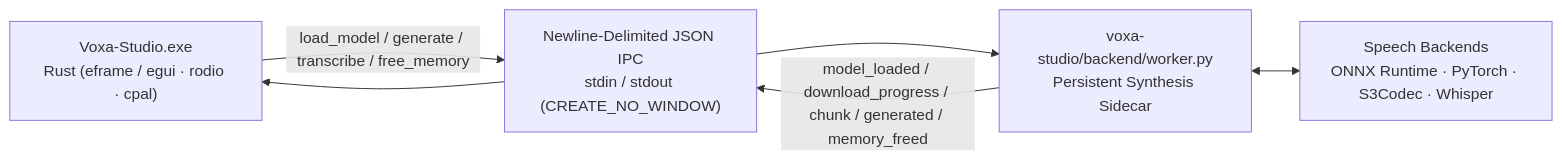
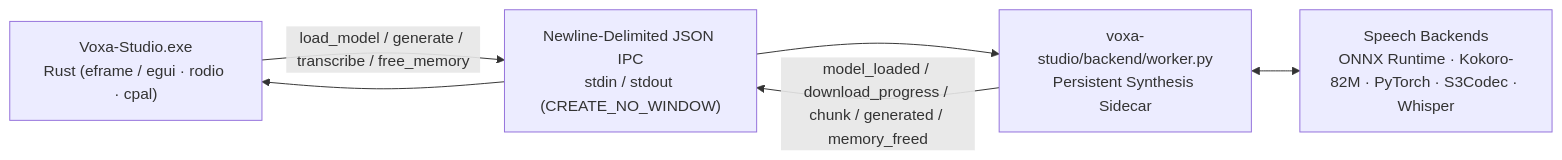
One commit to didrarayyan/Voxa-Studio changed the diagram in README.md. Above: the diagram before and after it, drawn with Mermaid. The commit also changed other lines of this file and 7 other files, not shown here.

````diff
--- a/README.md
+++ b/README.md
@@ -202,13 +219,13 @@
 ```mermaid
 flowchart LR
     UI["Voxa-Studio.exe<br/>Rust (eframe / egui · rodio · cpal)"]
     IPC["Newline-Delimited JSON IPC<br/>stdin / stdout (CREATE_NO_WINDOW)"]
     Worker["voxa-studio/backend/worker.py<br/>Persistent Synthesis Sidecar"]
-    Engines["Speech Backends<br/>ONNX Runtime · PyTorch · S3Codec · Whisper"]
+    Engines["Speech Backends<br/>ONNX Runtime · Kokoro-82M · PyTorch · S3Codec · Whisper"]
 
     UI -- "load_model / generate / transcribe / free_memory" --> IPC
     IPC --> Worker
     Worker -- "model_loaded / download_progress / chunk / generated / memory_freed" --> IPC
     IPC --> UI
     Worker <--> Engines
 ```
````
